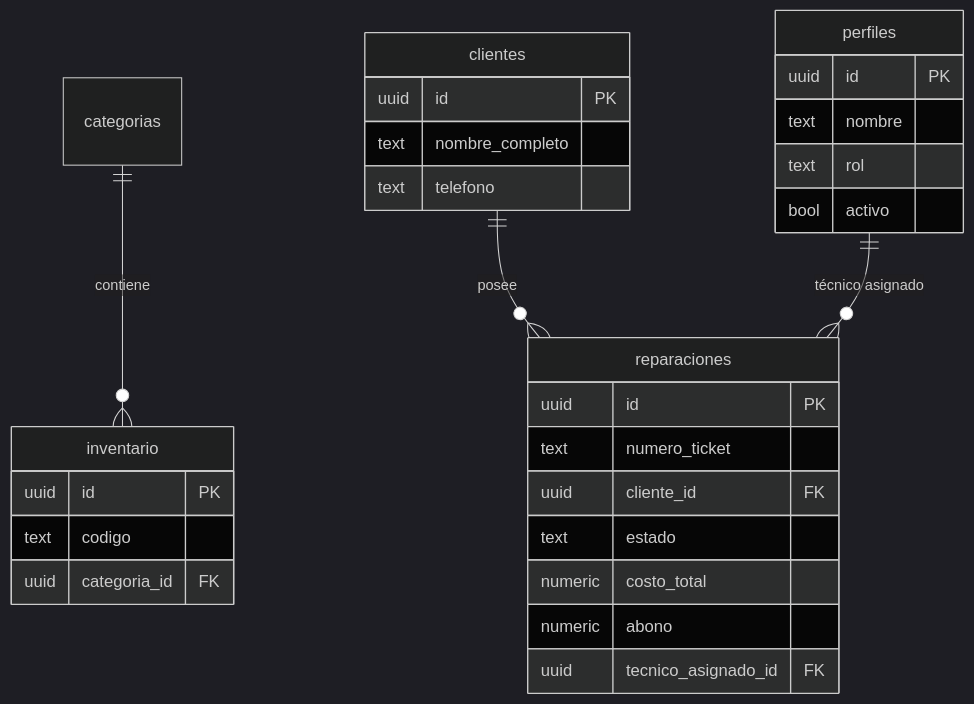
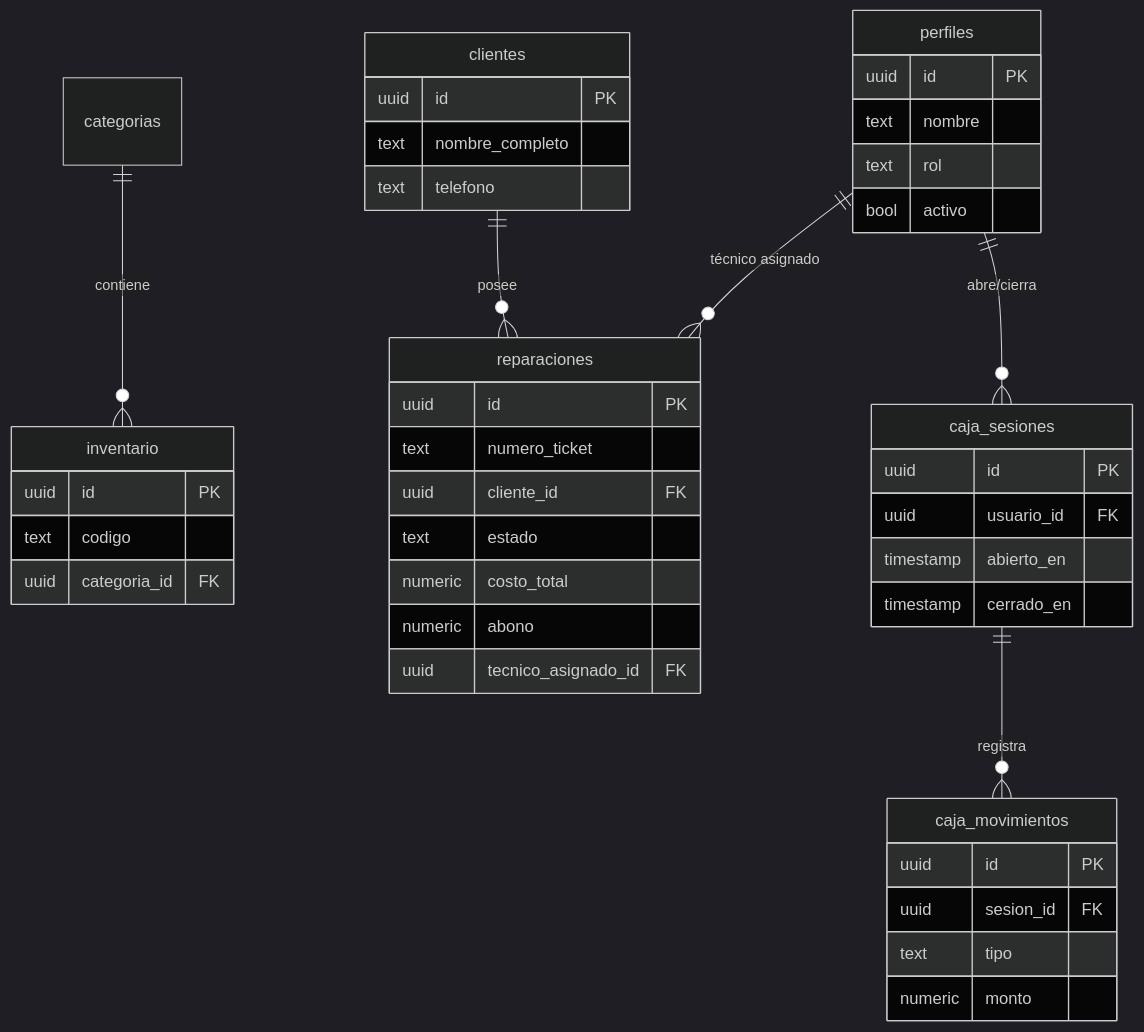
The diagram in docs/DATABASE.md (HermantDiaz/Centro-Tecnico-Relojero), drawn with Mermaid (dark theme) before and after one commit. The commit also changed other lines of this file and 18 other files, not shown here.

````diff
--- a/docs/DATABASE.md
+++ b/docs/DATABASE.md
@@ -73,35 +92,51 @@
 ```mermaid
 erDiagram
     categorias ||--o{ inventario : "contiene"
     clientes ||--o{ reparaciones : "posee"
     perfiles ||--o{ reparaciones : "técnico asignado"
+    caja_sesiones ||--o{ caja_movimientos : "registra"
+    perfiles ||--o{ caja_sesiones : "abre/cierra"
     
     perfiles {
         uuid id PK
         text nombre
         text rol
         bool activo
     }
     
     clientes {
         uuid id PK
         text nombre_completo
         text telefono
     }
     
     reparaciones {
         uuid id PK
         text numero_ticket
         uuid cliente_id FK
         text estado
         numeric costo_total
         numeric abono
         uuid tecnico_asignado_id FK
     }
     
     inventario {
         uuid id PK
         text codigo
         uuid categoria_id FK
     }
+    
+    caja_sesiones {
+        uuid id PK
+        uuid usuario_id FK
+        timestamp abierto_en
+        timestamp cerrado_en
+    }
+    
+    caja_movimientos {
+        uuid id PK
+        uuid sesion_id FK
+        text tipo
+        numeric monto
+    }
 ```
````
